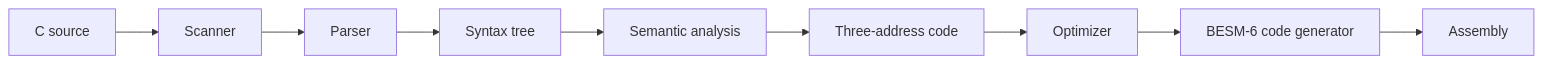
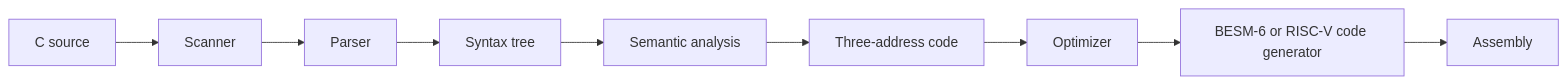
One commit to sergev/vcc changed the diagram in README.md. Above: the diagram before and after it, drawn with Mermaid. The commit also changed other lines of this file and 5 other files, not shown here.

````diff
--- a/README.md
+++ b/README.md
@@ -52,6 +55,6 @@
 ```mermaid
 flowchart LR
     Source[C source] --> Scanner --> Parser --> Tree[Syntax tree]
     Tree --> Semantic[Semantic analysis] --> TAC[Three-address code]
-    TAC --> Optimizer --> Codegen[BESM-6 code generator] --> Asm[Assembly]
+    TAC --> Optimizer --> Codegen[BESM-6 or RISC-V code generator] --> Asm[Assembly]
 ```
````
